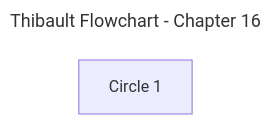
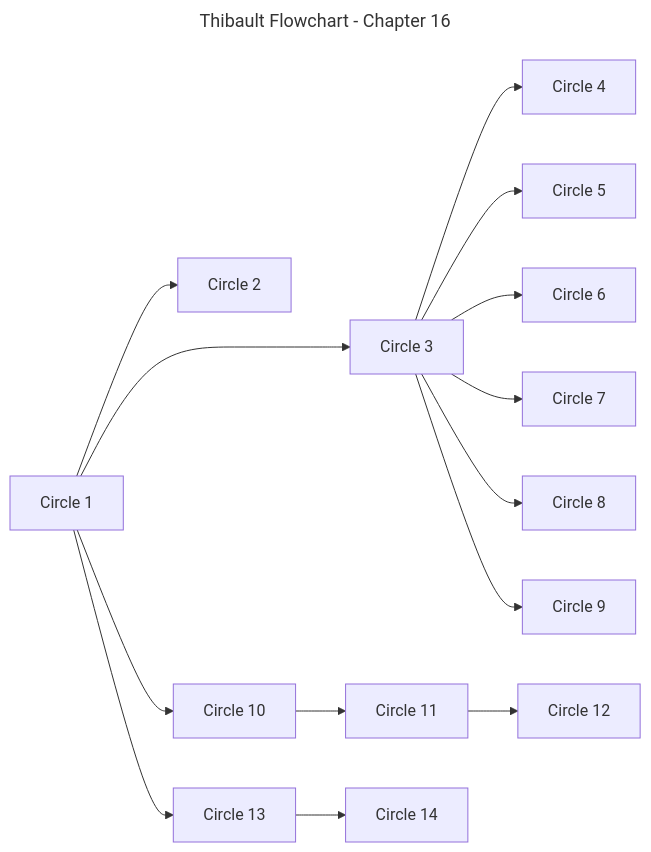
Before and after one commit to aquesnel/thibault-flowchart: the diagram in flowchart-per-chapter/chapter-16.mmd, drawn with Mermaid. The commit also changed other lines of this file, not shown here.

Commit message:
feat(ch16): initial flowchart of the circles

```diff
--- a/flowchart-per-chapter/chapter-16.mmd
+++ b/flowchart-per-chapter/chapter-16.mmd
@@ -1,10 +1,38 @@
 ---
 title: Thibault Flowchart - Chapter 16
 config:
   layout: dagre
   flowchart:
     htmlLabels: false
 ---
 flowchart LR
 	%% Nodes
 	B1_T16_C01["Circle 1"]
+	B1_T16_C02["Circle 2"]
+	B1_T16_C03["Circle 3"]
+	B1_T16_C04["Circle 4"]
+	B1_T16_C05["Circle 5"]
+	B1_T16_C06["Circle 6"]
+	B1_T16_C07["Circle 7"]
+	B1_T16_C08["Circle 8"]
+	B1_T16_C09["Circle 9"]
+	B1_T16_C10["Circle 10"]
+	B1_T16_C11["Circle 11"]
+	B1_T16_C12["Circle 12"]
+	B1_T16_C13["Circle 13"]
+	B1_T16_C14["Circle 14"]
+
+	%% Edges
+	B1_T16_C01 --> B1_T16_C02
+	B1_T16_C01 ---> B1_T16_C03
+	B1_T16_C03 --> B1_T16_C04
+	B1_T16_C03 --> B1_T16_C05
+	B1_T16_C03 --> B1_T16_C06
+	B1_T16_C03 --> B1_T16_C07
+	B1_T16_C03 --> B1_T16_C08
+	B1_T16_C03 --> B1_T16_C09
+	B1_T16_C01 --> B1_T16_C10
+	B1_T16_C10 --> B1_T16_C11
+	B1_T16_C11 --> B1_T16_C12
+	B1_T16_C01 --> B1_T16_C13
+	B1_T16_C13 --> B1_T16_C14
```
